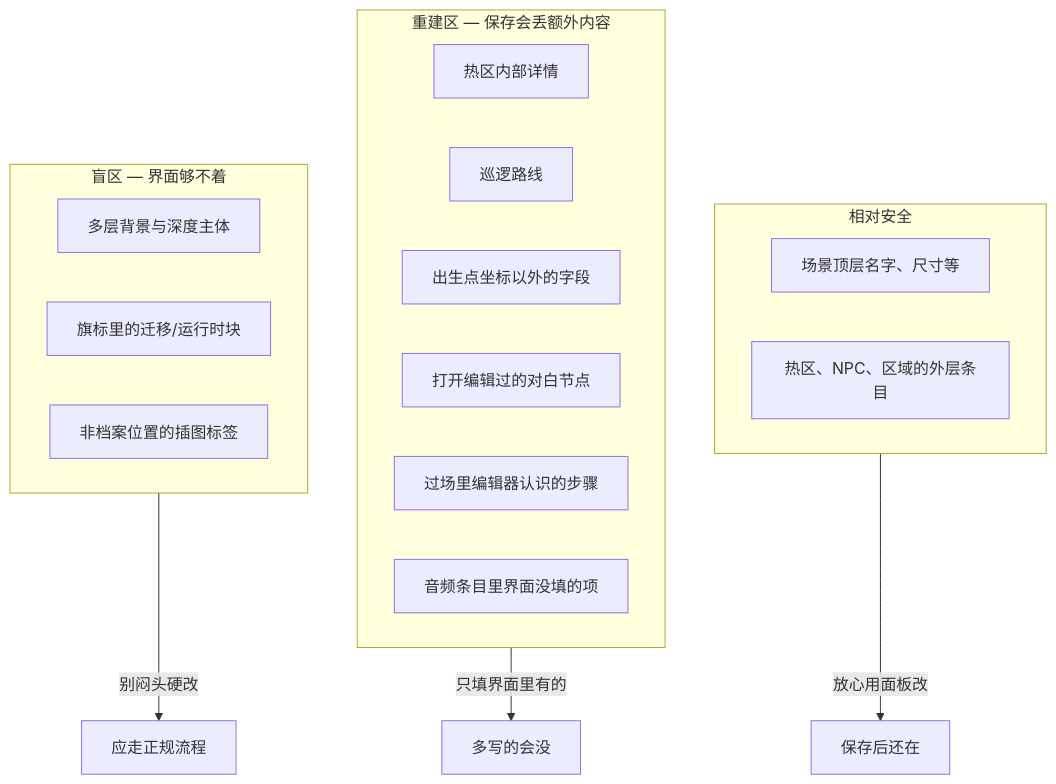
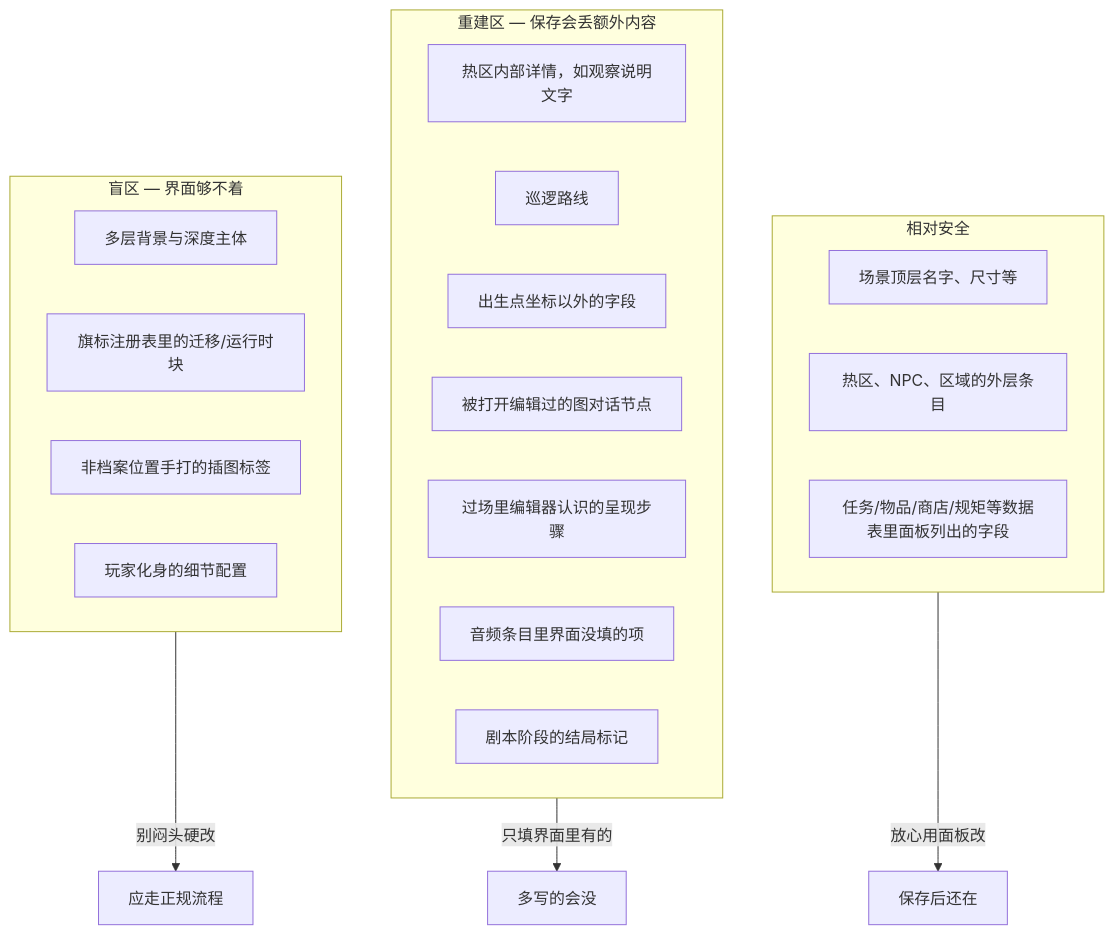
The diagram in docs/editors/concepts/danger-zone.md (wubugui/GDoc), drawn with Mermaid before and after one commit. The commit also changed other lines of this file and 112 other files, not shown here.

````diff
--- a/docs/editors/concepts/danger-zone.md
+++ b/docs/editors/concepts/danger-zone.md
@@ -17,23 +27,26 @@
 ```mermaid
 flowchart TB
     subgraph safe["相对安全"]
         S1[场景顶层名字、尺寸等]
         S2[热区、NPC、区域的外层条目]
+        S3[任务/物品/商店/规矩等数据表里面板列出的字段]
     end
     subgraph rebuild["重建区 — 保存会丢额外内容"]
-        R1[热区内部详情]
+        R1[热区内部详情，如观察说明文字]
         R2[巡逻路线]
         R3[出生点坐标以外的字段]
-        R4[打开编辑过的对白节点]
-        R5[过场里编辑器认识的步骤]
+        R4[被打开编辑过的图对话节点]
+        R5[过场里编辑器认识的呈现步骤]
         R6[音频条目里界面没填的项]
+        R7[剧本阶段的结局标记]
     end
     subgraph blind["盲区 — 界面够不着"]
         B1[多层背景与深度主体]
-        B2[旗标里的迁移/运行时块]
-        B3[非档案位置的插图标签]
+        B2[旗标注册表里的迁移/运行时块]
+        B3[非档案位置手打的插图标签]
+        B4[玩家化身的细节配置]
     end
     safe -->|"放心用面板改"| OK[保存后还在]
     rebuild -->|"只填界面里有的"| WARN[多写的会没]
     blind -->|"别闷头硬改"| STOP[应走正规流程]
 ```
````
